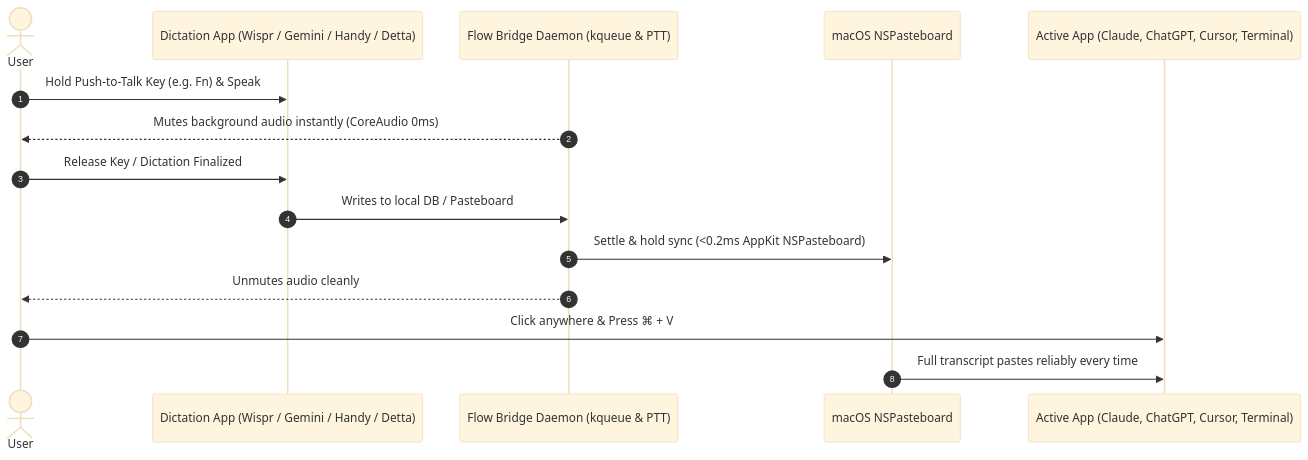
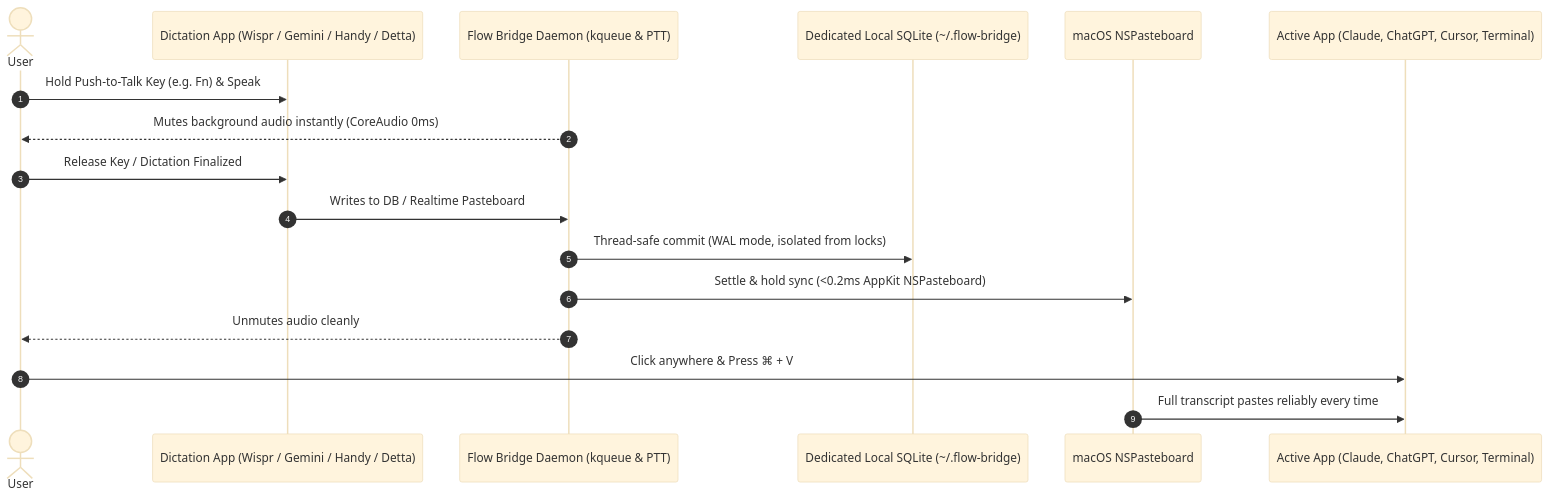
The diagram in README.md (sandeepisconscious-create/flow-bridge), drawn with Mermaid (base theme) before and after one commit. The commit also changed other lines of this file and 10 other files, not shown here.

````diff
--- a/README.md
+++ b/README.md
@@ -36,18 +38,20 @@
 ```mermaid
 sequenceDiagram
     autonumber
     actor User as User
     participant Engine as Dictation App (Wispr / Gemini / Handy / Detta)
     participant Core as Flow Bridge Daemon (kqueue & PTT)
+    participant Storage as Dedicated Local SQLite (~/.flow-bridge)
     participant Mac as macOS NSPasteboard
     participant Target as Active App (Claude, ChatGPT, Cursor, Terminal)
 
     User->>Engine: Hold Push-to-Talk Key (e.g. Fn) & Speak
     Core-->>User: Mutes background audio instantly (CoreAudio 0ms)
     User->>Engine: Release Key / Dictation Finalized
-    Engine->>Core: Writes to local DB / Pasteboard
+    Engine->>Core: Writes to DB / Realtime Pasteboard
+    Core->>Storage: Thread-safe commit (WAL mode, isolated from locks)
     Core->>Mac: Settle & hold sync (<0.2ms AppKit NSPasteboard)
     Core-->>User: Unmutes audio cleanly
     User->>Target: Click anywhere & Press ⌘ + V
     Mac->>Target: Full transcript pastes reliably every time
 ```
````
